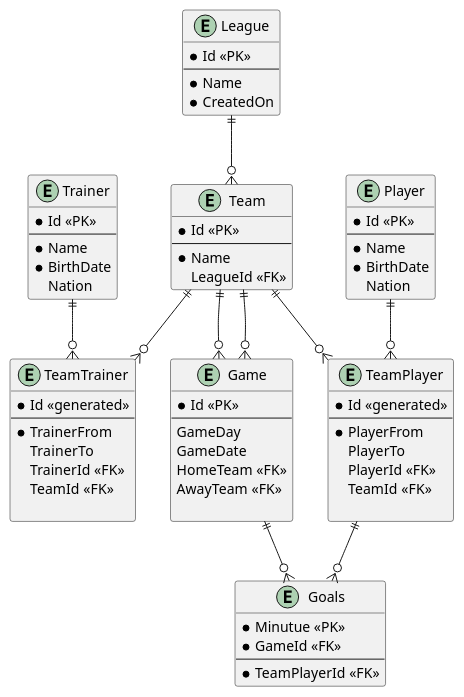
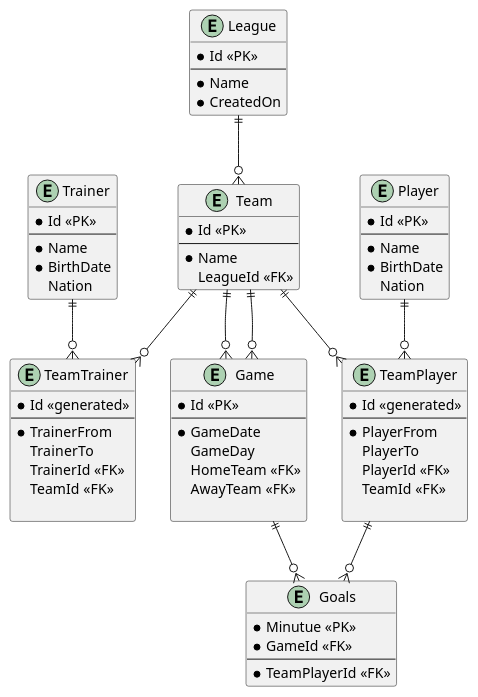
One commit to BojanTRB/nationsLeague changed the diagram in model.puml. Above: the diagram before and after it, drawn with PlantUML.

```diff
--- a/model.puml
+++ b/model.puml
@@ -1,75 +1,75 @@
 entity League{
     * Id <<PK>>
     --
     * Name
     * CreatedOn
 }
 
 entity Team{
     * Id <<PK>>
     --
     * Name
     LeagueId <<FK>>
 }
 
 entity Player{
     * Id <<PK>>
     --
     * Name
     * BirthDate
     Nation
 }
 
 entity TeamTrainer{
     * Id <<generated>>
     ---
     * TrainerFrom
     TrainerTo
     TrainerId <<FK>>
     TeamId <<FK>>
     
 }
 
 entity Goals{
     * Minutue <<PK>>
     * GameId <<FK>>
     --
     * TeamPlayerId <<FK>>
 }
 
 entity TeamPlayer{
     * Id <<generated>>
     ---
     * PlayerFrom
     PlayerTo
     PlayerId <<FK>>
     TeamId <<FK>>
     
 }
 
 entity Trainer{
     * Id <<PK>> 
     --
     * Name 
     * BirthDate 
     Nation
 }
 
 entity Game {
     * Id <<PK>> 
     --
+    * GameDate
     GameDay
-    GameDate
     HomeTeam <<FK>>
     AwayTeam <<FK>>
     
 }
 League ||--o{ Team
 Team ||--o{ TeamTrainer
 Team ||--o{ TeamPlayer
 Team ||--o{ Game
 Team ||--o{ Game
 Player ||--o{ TeamPlayer
 Trainer ||--o{ TeamTrainer
 Game ||--o{ Goals
 TeamPlayer ||--o{ Goals
```
